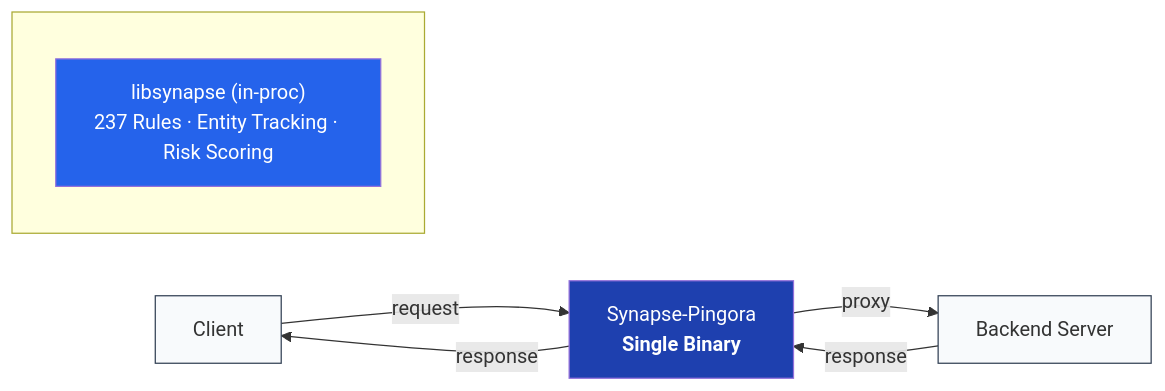
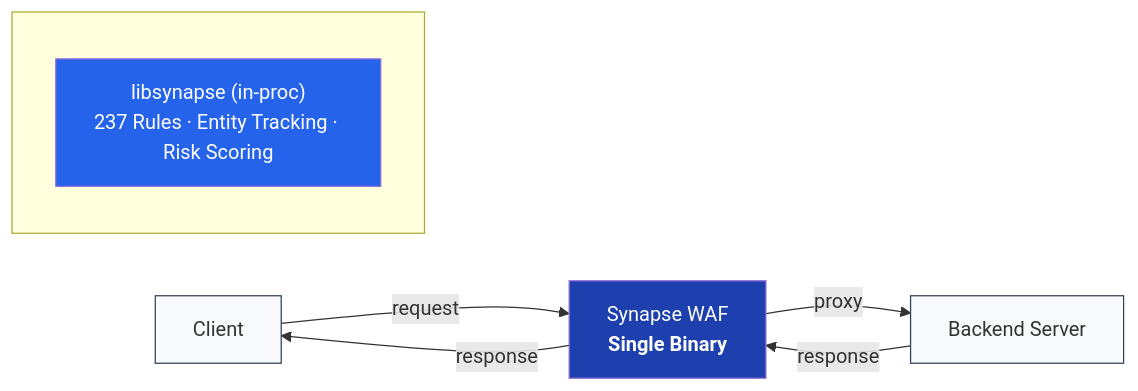
Before and after one commit to atlas-crew/horizon-security-platform: the first of 2 diagrams in apps/synapse-pingora/README.md, drawn with Mermaid. The commit also changed other lines of this file and 64 other files, not shown here.

First line of the commit message:
refactor: rename Synapse Pingora to Synapse WAF across codebase

````diff
--- a/apps/synapse-pingora/README.md
+++ b/apps/synapse-pingora/README.md
@@ -24,17 +24,17 @@
 ```mermaid
 flowchart LR
-    Client -->|request| SP["Synapse-Pingora<br/><b>Single Binary</b>"]
+    Client -->|request| SP["Synapse WAF<br/><b>Single Binary</b>"]
     SP -->|proxy| Backend[Backend Server]
     Backend -->|response| SP
     SP -->|response| Client
 
     subgraph SP_inner [" "]
         direction TB
         Engine["libsynapse (in-proc)<br/>237 Rules · Entity Tracking · Risk Scoring"]
     end
 
     style SP fill:#1e40af,color:#fff
     style Engine fill:#2563eb,color:#fff
     style Client fill:#f8fafc,stroke:#334155
     style Backend fill:#f8fafc,stroke:#334155
 ```
````
